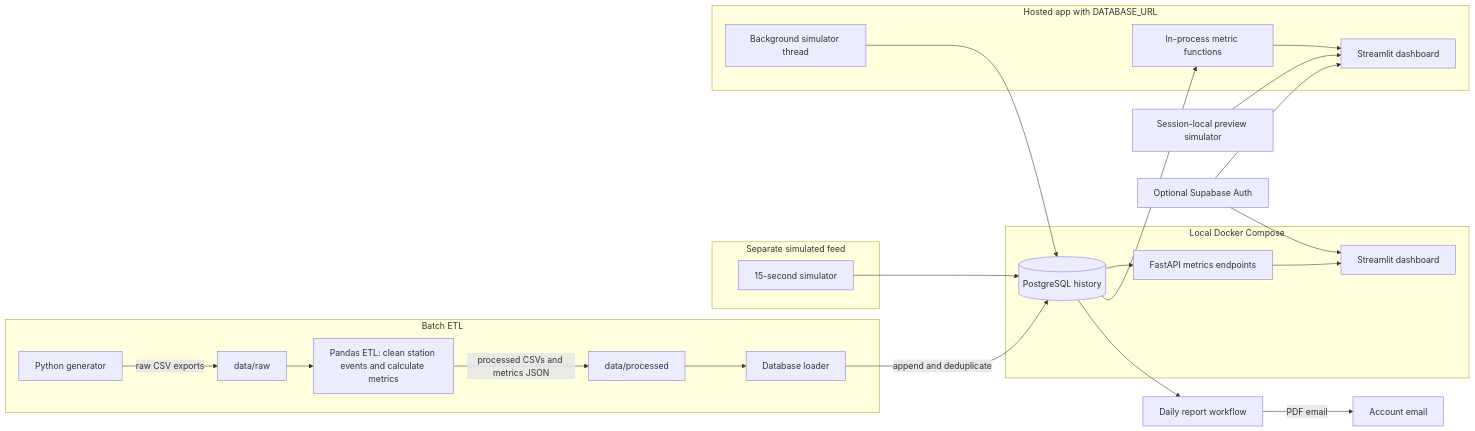
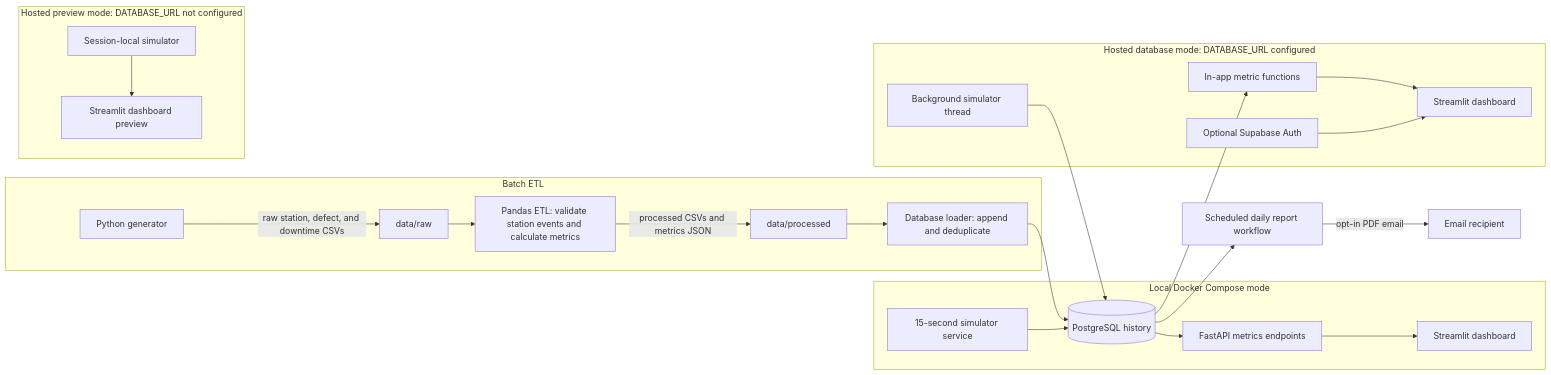
One commit to satkmsk9618/assembly-line-data-pipeline changed the diagram in docs/architecture.md. Above: the diagram before and after it, drawn with Mermaid. The commit also changed other lines of this file and 1 other file, not shown here.

Commit message:
Align architecture diagrams with implemented modes

````diff
--- a/docs/architecture.md
+++ b/docs/architecture.md
@@ -3,28 +3,26 @@
 ```mermaid
 flowchart LR
   subgraph Batch[Batch ETL]
-    A[Python generator] -->|raw CSV exports| B[data/raw]
-    B --> C[Pandas ETL: clean station events and calculate metrics]
+    A[Python generator] -->|raw station, defect, and downtime CSVs| B[data/raw]
+    B --> C[Pandas ETL: validate station events and calculate metrics]
     C -->|processed CSVs and metrics JSON| D[data/processed]
-    D --> L[Database loader]
+    D --> L[Database loader: append and deduplicate]
   end
-  subgraph Feed[Separate simulated feed]
-    H[15-second simulator]
-  end
-  L -->|append and deduplicate| E[(PostgreSQL history)]
-  H --> E
-  subgraph Local[Local Docker Compose]
+  L --> E[(PostgreSQL history)]
+  subgraph Local[Local Docker Compose mode]
+    LocalSim[15-second simulator service] --> E
     E --> F[FastAPI metrics endpoints]
     F --> G[Streamlit dashboard]
   end
-  subgraph Hosted[Hosted app with DATABASE_URL]
-    E --> M[In-process metric functions]
+  subgraph Hosted[Hosted database mode: DATABASE_URL configured]
+    E --> M[In-app metric functions]
     M --> N[Streamlit dashboard]
     O[Background simulator thread] --> E
+    Q[Optional Supabase Auth] --> N
   end
-  P[Session-local preview simulator] --> N
-  Q[Optional Supabase Auth] --> G
-  Q --> N
-  E --> J[Daily report workflow]
-  J -->|PDF email| K[Account email]
+  subgraph Preview[Hosted preview mode: DATABASE_URL not configured]
+    P[Session-local simulator] --> R[Streamlit dashboard preview]
+  end
+  E --> J[Scheduled daily report workflow]
+  J -->|opt-in PDF email| K[Email recipient]
 ```
````
